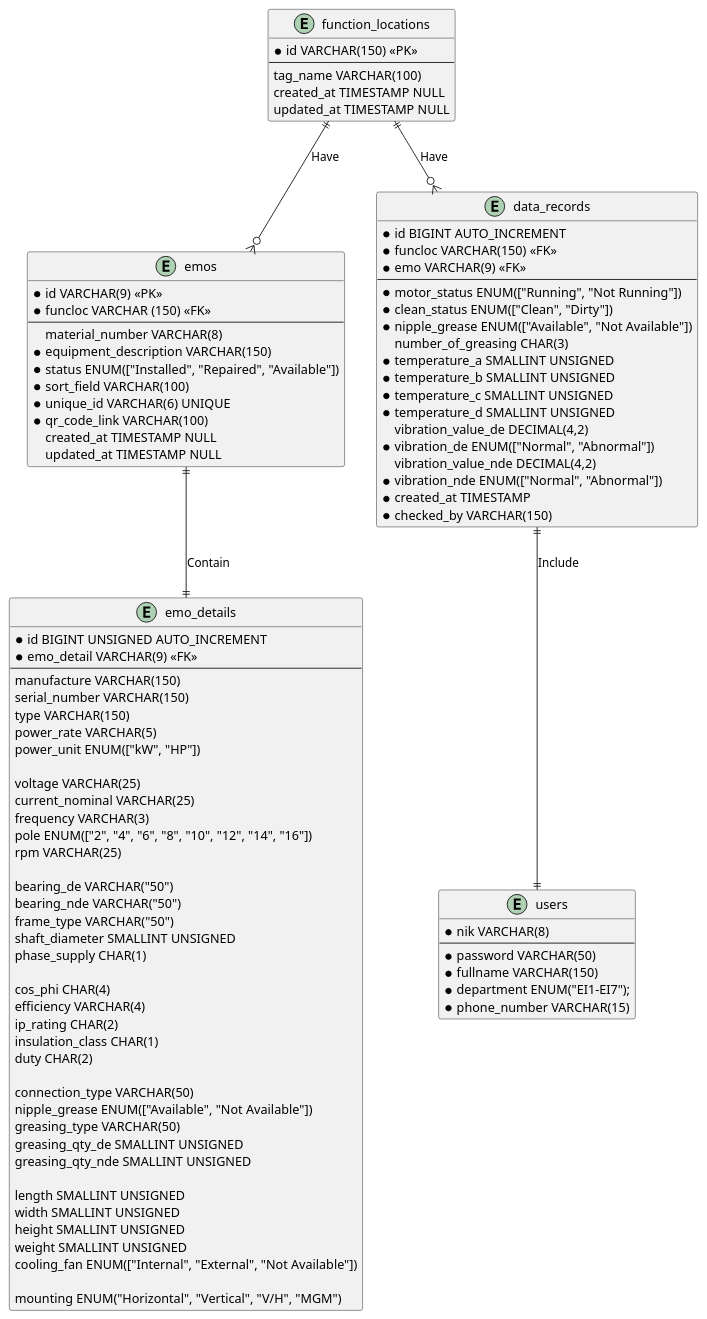
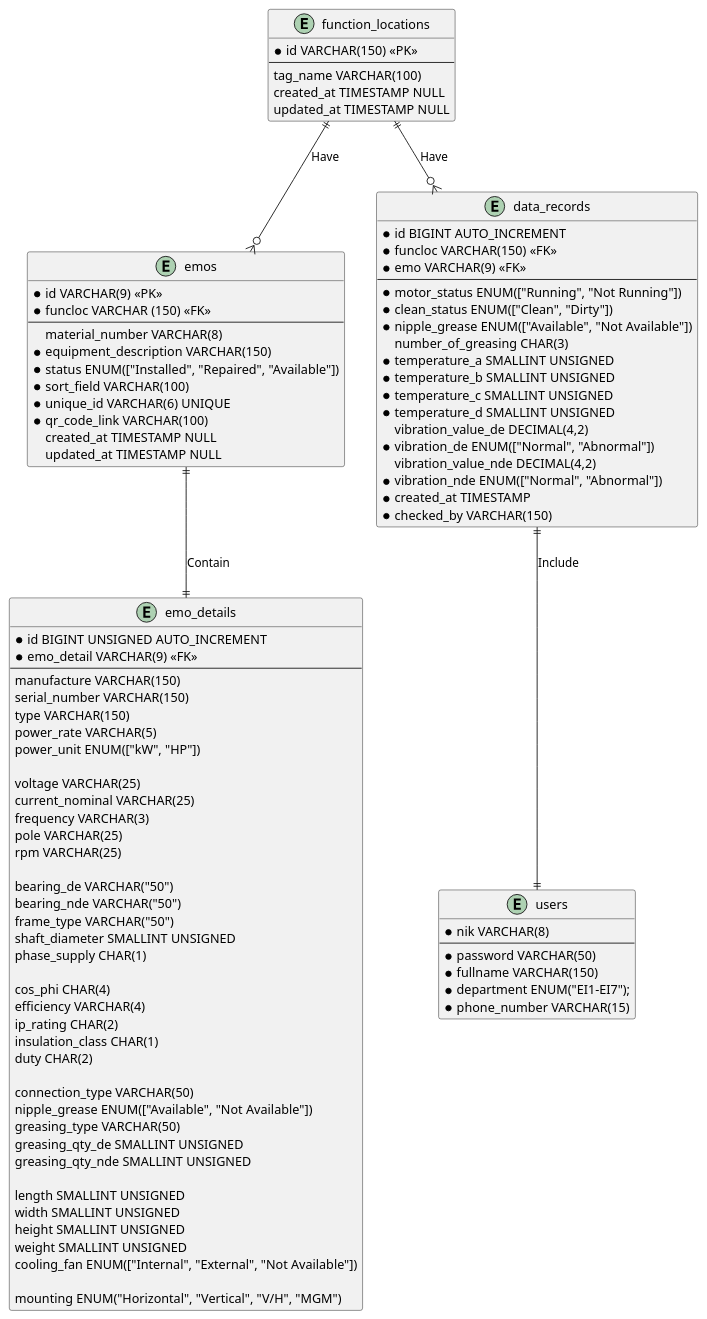
Before and after one commit to doniduaasattuu/fajar-e-maintenance: the diagram in database/fajar_e_maintenance.puml, drawn with PlantUML. The commit also changed 29 other files, not shown here.

```diff
--- a/database/fajar_e_maintenance.puml
+++ b/database/fajar_e_maintenance.puml
@@ -1,106 +1,106 @@
 @startuml fajar_e_maintenance
 
 entity function_locations
 {
     * id VARCHAR(150) <<PK>>
     --
       tag_name VARCHAR(100)
       created_at TIMESTAMP NULL
       updated_at TIMESTAMP NULL
 }
 
 entity emos
 {
     * id VARCHAR(9) <<PK>>
     * funcloc VARCHAR (150) <<FK>>
     --
       material_number VARCHAR(8)
     * equipment_description VARCHAR(150)
     * status ENUM(["Installed", "Repaired", "Available"])
     * sort_field VARCHAR(100)
     * unique_id VARCHAR(6) UNIQUE
     * qr_code_link VARCHAR(100) 
       created_at TIMESTAMP NULL
       updated_at TIMESTAMP NULL
 }
 
 entity emo_details {
     * id BIGINT UNSIGNED AUTO_INCREMENT
     * emo_detail VARCHAR(9) <<FK>>
     --
     manufacture VARCHAR(150)
     serial_number VARCHAR(150)
     type VARCHAR(150)
     power_rate VARCHAR(5)
     power_unit ENUM(["kW", "HP"])
 
     voltage VARCHAR(25)
     current_nominal VARCHAR(25)
     frequency VARCHAR(3)
-    pole ENUM(["2", "4", "6", "8", "10", "12", "14", "16"])
+    pole VARCHAR(25)
     rpm VARCHAR(25)
 
     bearing_de VARCHAR("50")
     bearing_nde VARCHAR("50")
     frame_type VARCHAR("50")
     shaft_diameter SMALLINT UNSIGNED
     phase_supply CHAR(1)
 
     cos_phi CHAR(4)
     efficiency VARCHAR(4)
     ip_rating CHAR(2)
     insulation_class CHAR(1)
     duty CHAR(2)
 
     connection_type VARCHAR(50)
     nipple_grease ENUM(["Available", "Not Available"])
     greasing_type VARCHAR(50)
     greasing_qty_de SMALLINT UNSIGNED
     greasing_qty_nde SMALLINT UNSIGNED
 
     length SMALLINT UNSIGNED
     width SMALLINT UNSIGNED
     height SMALLINT UNSIGNED
     weight SMALLINT UNSIGNED
     cooling_fan ENUM(["Internal", "External", "Not Available"])
 
     mounting ENUM("Horizontal", "Vertical", "V/H", "MGM")
 }
 
 entity data_records {
     * id BIGINT AUTO_INCREMENT
     * funcloc VARCHAR(150) <<FK>>
     * emo VARCHAR(9) <<FK>>
     --
     * motor_status ENUM(["Running", "Not Running"])
     * clean_status ENUM(["Clean", "Dirty"])
     * nipple_grease ENUM(["Available", "Not Available"])
       number_of_greasing CHAR(3)
     * temperature_a SMALLINT UNSIGNED
     * temperature_b SMALLINT UNSIGNED
     * temperature_c SMALLINT UNSIGNED
     * temperature_d SMALLINT UNSIGNED
       vibration_value_de DECIMAL(4,2)
     * vibration_de ENUM(["Normal", "Abnormal"])
       vibration_value_nde DECIMAL(4,2)
     * vibration_nde ENUM(["Normal", "Abnormal"])
     * created_at TIMESTAMP
     * checked_by VARCHAR(150)
 }
 
 entity users {
     * nik VARCHAR(8)
     --
     * password VARCHAR(50)
     * fullname VARCHAR(150)
     * department ENUM("EI1-EI7");
     * phone_number VARCHAR(15)
 }
  
 function_locations ||--o{ emos : Have
 function_locations ||--o{ data_records : Have
 emos ||--|| emo_details : Contain
 data_records ||--|| users : Include
 
 
 @enduml
```
